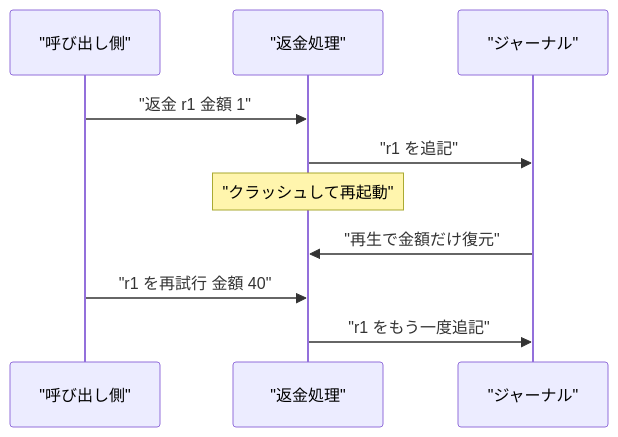
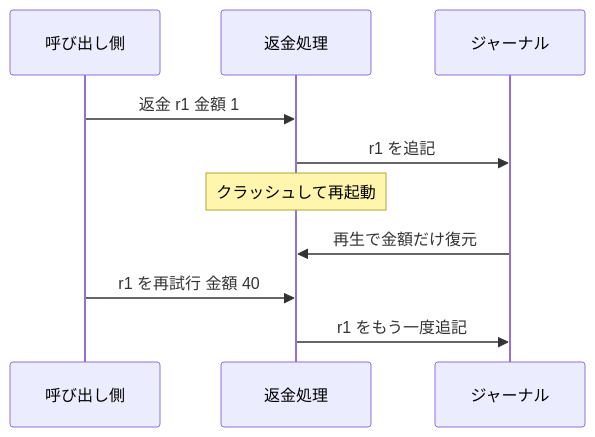
The diagram in content/posts/2026-11-23-refund-journal-quint-go-test.md (swallowarc/blog), drawn with Mermaid before and after one commit. The commit also changed 3 other files, not shown here.

First line of the commit message:
シーケンス図のラベルから引用符を外す

````diff
--- a/content/posts/2026-11-23-refund-journal-quint-go-test.md
+++ b/content/posts/2026-11-23-refund-journal-quint-go-test.md
@@ -114,12 +114,12 @@
 ```mermaid
 sequenceDiagram
-    participant C as "呼び出し側"
-    participant A as "返金処理"
-    participant J as "ジャーナル"
-    C->>A: "返金 r1 金額 1"
-    A->>J: "r1 を追記"
-    Note over A: "クラッシュして再起動"
-    J->>A: "再生で金額だけ復元"
-    C->>A: "r1 を再試行 金額 40"
-    A->>J: "r1 をもう一度追記"
+    participant C as 呼び出し側
+    participant A as 返金処理
+    participant J as ジャーナル
+    C->>A: 返金 r1 金額 1
+    A->>J: r1 を追記
+    Note over A: クラッシュして再起動
+    J->>A: 再生で金額だけ復元
+    C->>A: r1 を再試行 金額 40
+    A->>J: r1 をもう一度追記
 ```
````
